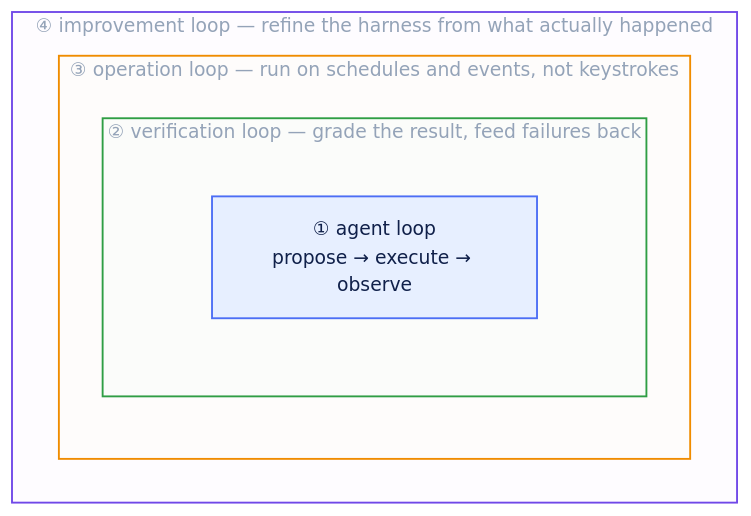
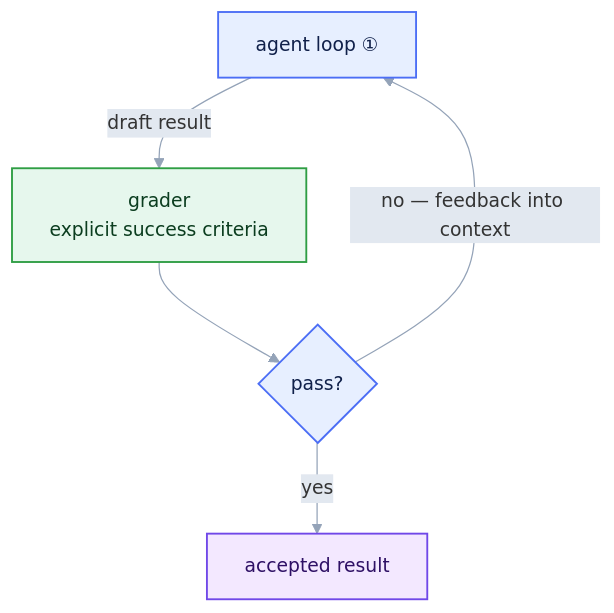
The third of 4 diagrams in episodes/01-why-genai-for-physics.md (eic/tutorial-mcp), drawn with Mermaid before and after one commit. The commit also changed other lines of this file, not shown here.

First line of the commit message:
Episode 1: rewrite around the four loop levels with per-level schematics

````diff
--- a/episodes/01-why-genai-for-physics.md
+++ b/episodes/01-why-genai-for-physics.md
@@ -220,17 +204,13 @@
 ```mermaid
 %%{init: {'theme':'base', 'themeVariables': {'fontSize':'15px','lineColor':'#94a3b8','edgeLabelBackground':'#e2e8f0','clusterBkg':'#1f293720','clusterBorder':'#94a3b8','titleColor':'#94a3b8'}}}%%
-flowchart TB
-    accTitle: {The loop stack}
-    accDescr: {The loop stack}
-    subgraph L4["④ improvement loop — refine the harness from what actually happened"]
-        subgraph L3["③ operation loop — run on schedules and events, not keystrokes"]
-            subgraph L2["② verification loop — grade the result, feed failures back"]
-                L1["① agent loop<br/>propose → execute → observe"]:::core
-            end
-        end
-    end
+flowchart TD
+    accTitle: {Level 2 the verification loop}
+    accDescr: {Level 2 the verification loop}
+    A["agent loop  ①"]:::core -->|"draft result"| G["grader<br/>explicit success criteria"]:::tool
+    G --> P{"pass?"}:::core
+    P -->|"no — feedback into context"| A
+    P -->|"yes"| R["accepted result"]:::out
     classDef core fill:#e7efff,stroke:#4c6ef5,stroke-width:1.5px,color:#10204a;
-    style L2 fill:#e6f7ed20,stroke:#2f9e44,stroke-width:1.5px;
-    style L3 fill:#fff4e020,stroke:#f08c00,stroke-width:1.5px;
-    style L4 fill:#f3e8ff20,stroke:#7048e8,stroke-width:1.5px;
+    classDef tool fill:#e6f7ed,stroke:#2f9e44,stroke-width:1.5px,color:#0b3d1f;
+    classDef out fill:#f3e8ff,stroke:#7048e8,stroke-width:1.5px,color:#2e1065;
 ```
````
